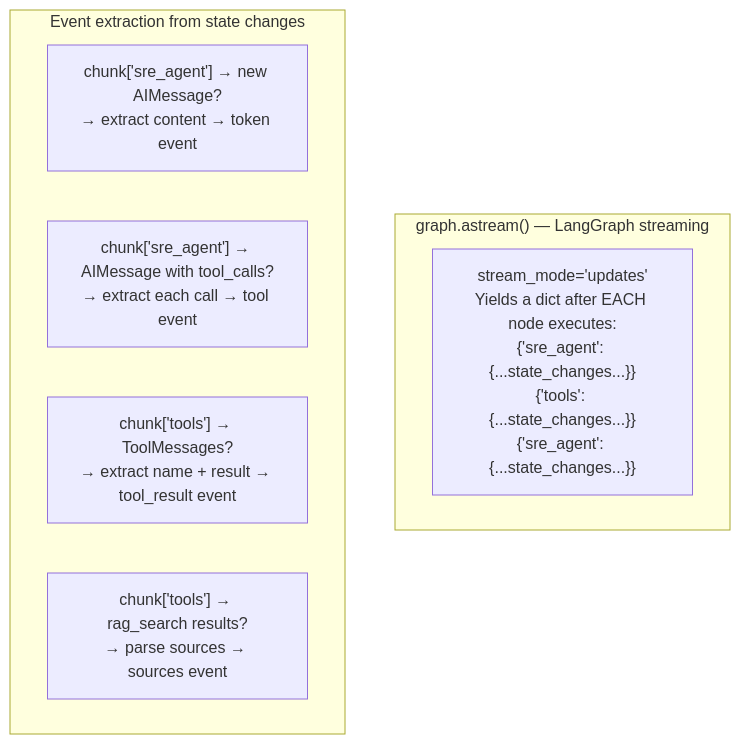
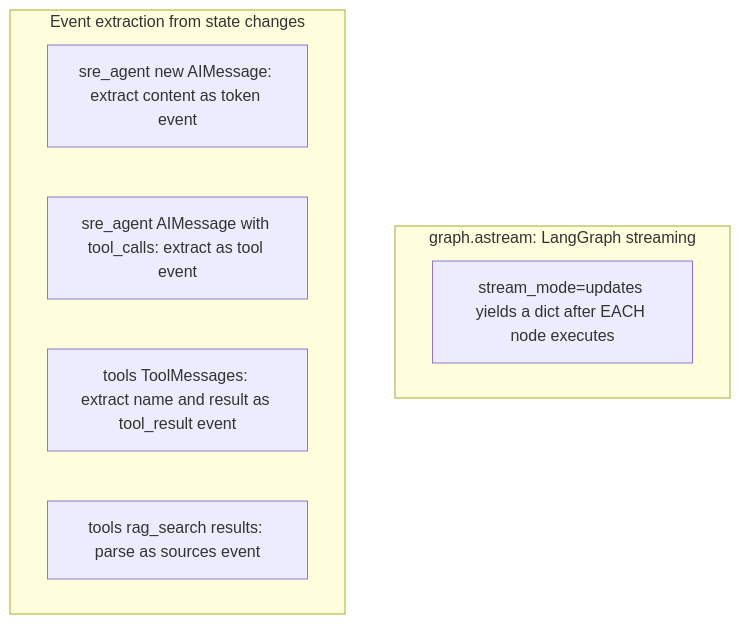
Before and after one commit to yessine15/sentinel: diagram 18 of 29 in docs/PHASE2_EXPLAINED.md, drawn with Mermaid. The commit also changed other lines of this file, not shown here.

First line of the commit message:
docs: fix all mermaid v11.15.0 syntax errors in Phase 2 guide

````diff
--- a/docs/PHASE2_EXPLAINED.md
+++ b/docs/PHASE2_EXPLAINED.md
@@ -693,13 +682,13 @@
 ```mermaid
 flowchart TD
-    subgraph "graph.astream() — LangGraph streaming"
-        DIR["stream_mode='updates'<br/>Yields a dict after EACH node executes:<br/>{'sre_agent': {...state_changes...}}<br/>{'tools': {...state_changes...}}<br/>{'sre_agent': {...state_changes...}}"]
+    subgraph STREAMING["graph.astream: LangGraph streaming"]
+        DIR["stream_mode=updates yields a dict after EACH node executes"]
     end
 
-    subgraph "Event extraction from state changes"
-        E1["chunk['sre_agent'] → new AIMessage?<br/>→ extract content → token event"]
-        E2["chunk['sre_agent'] → AIMessage with tool_calls?<br/>→ extract each call → tool event"]
-        E3["chunk['tools'] → ToolMessages?<br/>→ extract name + result → tool_result event"]
-        E4["chunk['tools'] → rag_search results?<br/>→ parse sources → sources event"]
+    subgraph EVENTS["Event extraction from state changes"]
+        E1["sre_agent new AIMessage: extract content as token event"]
+        E2["sre_agent AIMessage with tool_calls: extract as tool event"]
+        E3["tools ToolMessages: extract name and result as tool_result event"]
+        E4["tools rag_search results: parse as sources event"]
     end
 ```
````
